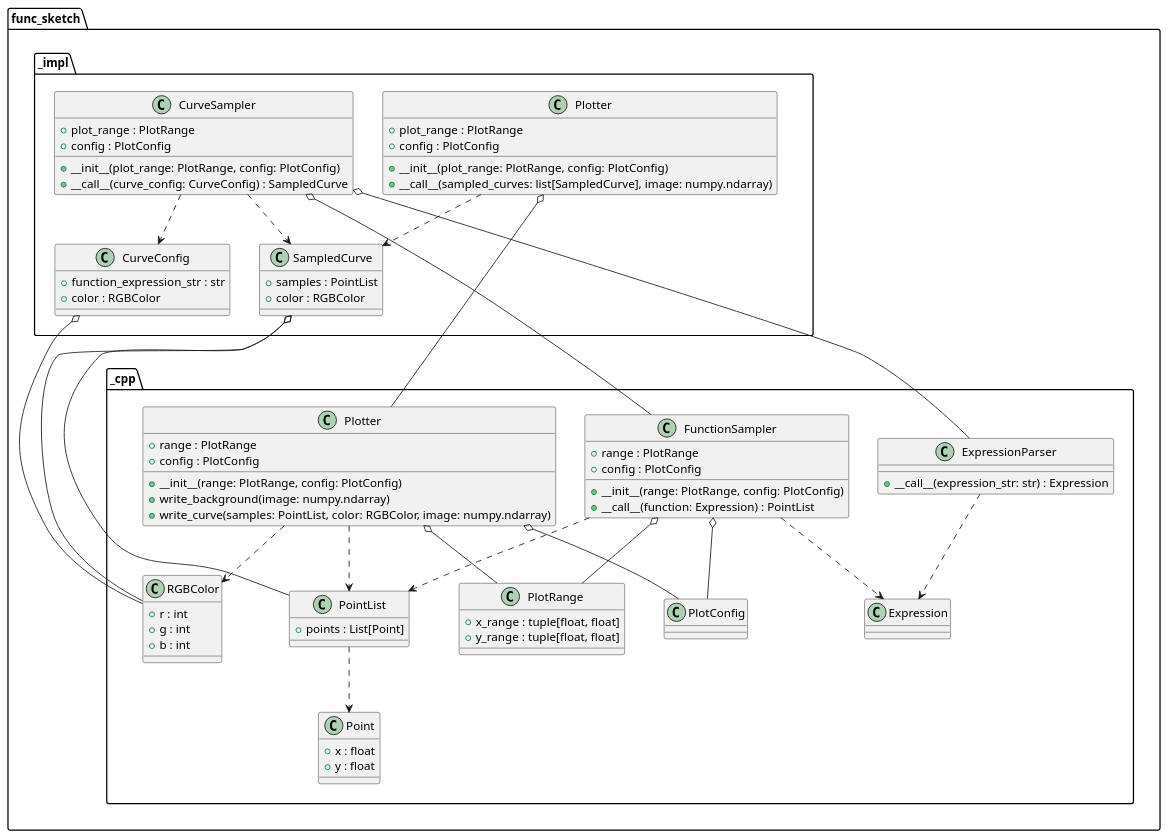
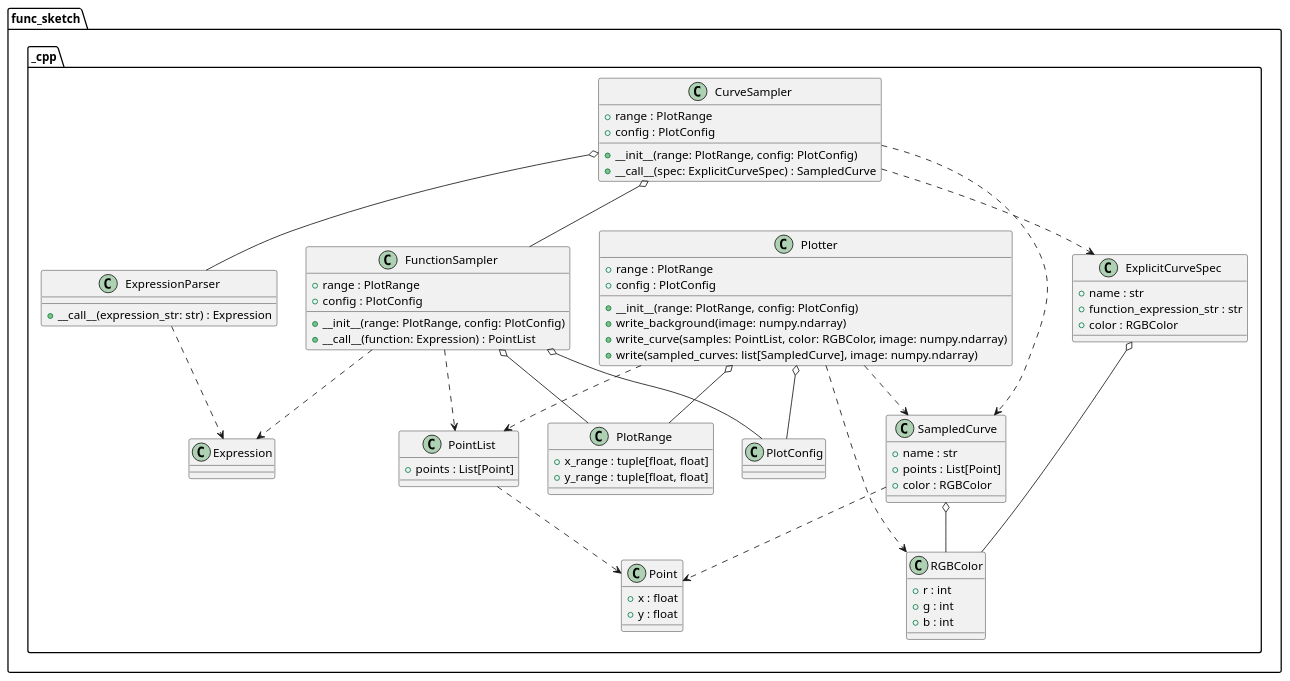
Before and after one commit to MusicScience37/FuncSketch: the diagram in docs/sphinx/design_notes/classes_python.puml, drawn with PlantUML. The commit also changed 28 other files, not shown here.

```diff
--- a/docs/sphinx/design_notes/classes_python.puml
+++ b/docs/sphinx/design_notes/classes_python.puml
@@ -1,97 +1,88 @@
 @startuml classes_python
 
 package func_sketch {
     package _cpp {
         class Expression
 
         class ExpressionParser {
             + __call__(expression_str: str) : Expression
         }
         ExpressionParser ..> Expression
 
         class RGBColor {
             + r : int
             + g : int
             + b : int
         }
 
         class Point {
             + x : float
             + y : float
         }
 
         class PointList {
             + points : List[Point]
         }
         PointList ..> Point
 
         class PlotRange {
             + x_range : tuple[float, float]
             + y_range : tuple[float, float]
         }
 
         class PlotConfig
 
         class FunctionSampler {
             + __init__(range: PlotRange, config: PlotConfig)
             + range : PlotRange
             + config : PlotConfig
             + __call__(function: Expression) : PointList
         }
         FunctionSampler o-- PlotRange
         FunctionSampler o-- PlotConfig
         FunctionSampler ..> Expression
         FunctionSampler ..> PointList
 
+        class ExplicitCurveSpec {
+            + name : str
+            + function_expression_str : str
+            + color : RGBColor
+        }
+        ExplicitCurveSpec o-- RGBColor
+
+        class SampledCurve {
+            + name : str
+            + points : List[Point]
+            + color : RGBColor
+        }
+        SampledCurve ..> Point
+        SampledCurve o-- RGBColor
+
+        class CurveSampler {
+            + __init__(range: PlotRange, config: PlotConfig)
+            + range : PlotRange
+            + config : PlotConfig
+            + __call__(spec: ExplicitCurveSpec) : SampledCurve
+        }
+        CurveSampler o-- ExpressionParser
+        CurveSampler o-- FunctionSampler
+        CurveSampler ..> ExplicitCurveSpec
+        CurveSampler ..> SampledCurve
+
         class Plotter {
             + __init__(range: PlotRange, config: PlotConfig)
             + range : PlotRange
             + config : PlotConfig
             + write_background(image: numpy.ndarray)
             + write_curve(samples: PointList, color: RGBColor, image: numpy.ndarray)
+            + write(sampled_curves: list[SampledCurve], image: numpy.ndarray)
         }
         Plotter o-- PlotRange
         Plotter o-- PlotConfig
         Plotter ..> PointList
+        Plotter ..> SampledCurve
         Plotter ..> RGBColor
-    }
-
-    package _impl {
-        class CurveConfig {
-            + function_expression_str : str
-            + color : RGBColor
-        }
-        CurveConfig o-- RGBColor
-
-        class SampledCurve {
-            + samples : PointList
-            + color : RGBColor
-        }
-        SampledCurve o-- PointList
-        SampledCurve o-- RGBColor
-
-        class CurveSampler {
-            + __init__(plot_range: PlotRange, config: PlotConfig)
-            + plot_range : PlotRange
-            + config : PlotConfig
-            + __call__(curve_config: CurveConfig) : SampledCurve
-        }
-        CurveSampler o-- ExpressionParser
-        CurveSampler o-- FunctionSampler
-        CurveSampler ..> CurveConfig
-        CurveSampler ..> SampledCurve
-
-        class Plotter {
-            + __init__(plot_range: PlotRange, config: PlotConfig)
-            + plot_range : PlotRange
-            + config : PlotConfig
-            + __call__(sampled_curves: list[SampledCurve], image: numpy.ndarray)
-        }
-        Plotter o-- func_sketch._cpp.Plotter
-        Plotter ..> SampledCurve
     }
 }
 
-func_sketch._impl .[hidden].. func_sketch._cpp
-
 @enduml
```
